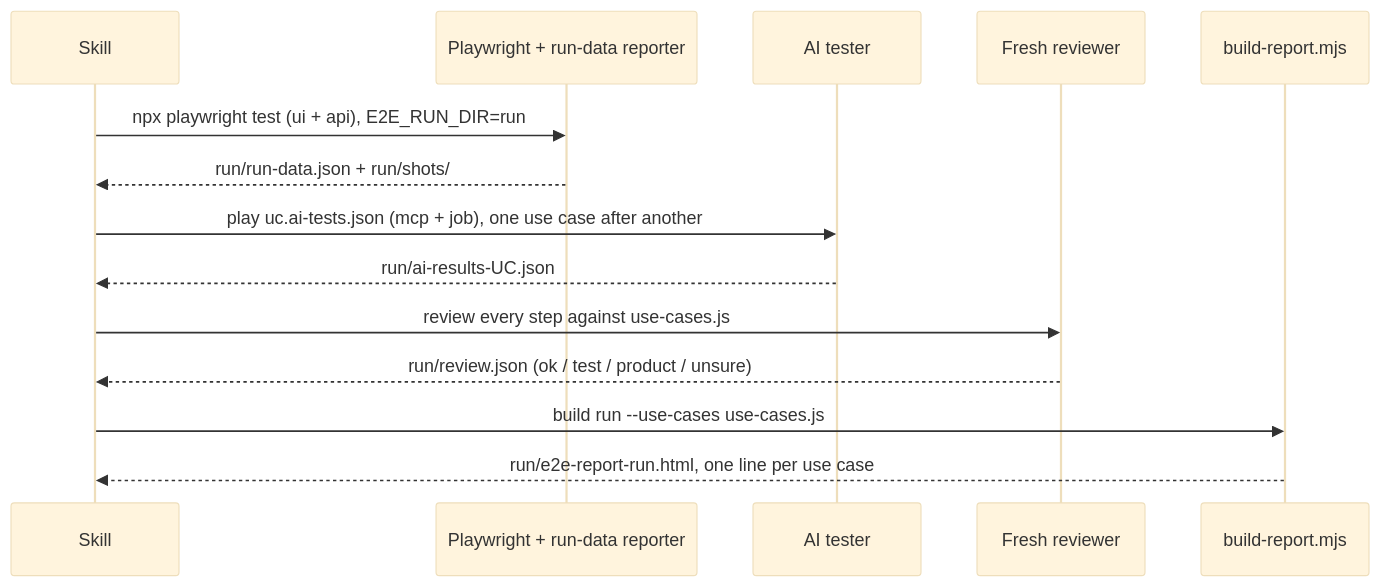
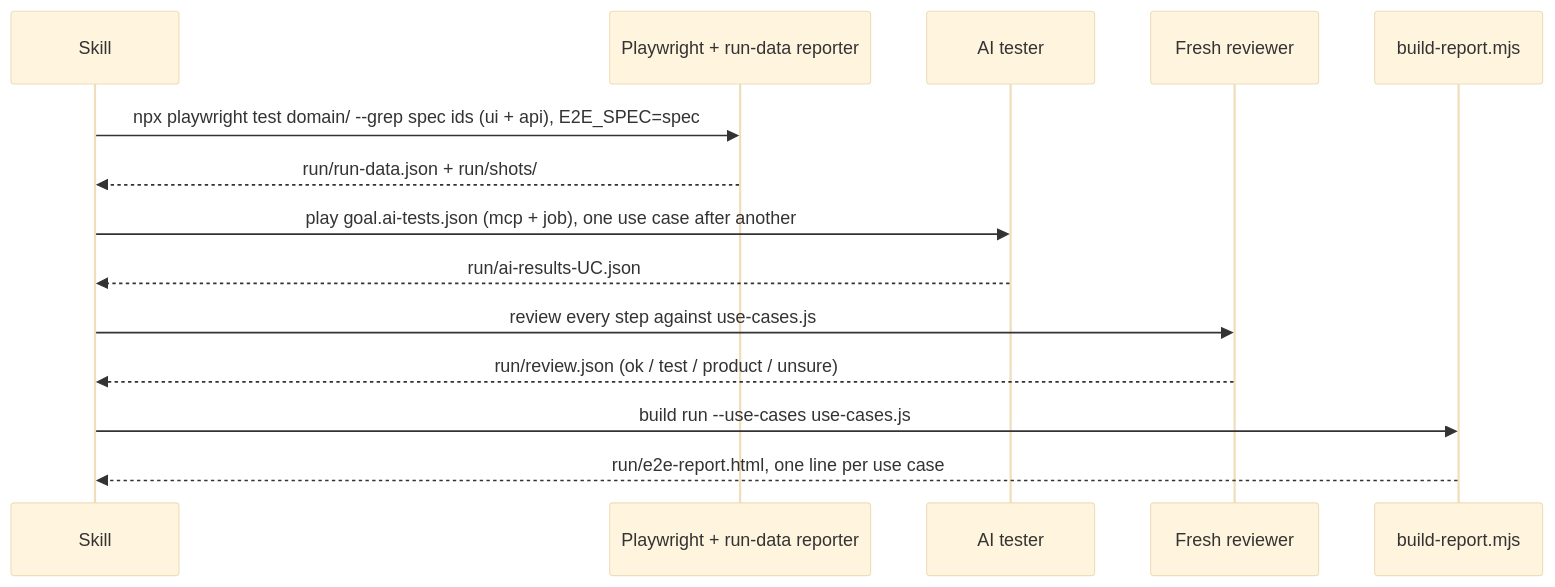
One commit to naphatwx/naphatwx-tools changed the second of 3 diagrams in plugins/naphatwx-tools/skills/e2e-test/README.md. Above: the diagram before and after it, drawn with Mermaid (base theme). The commit also changed other lines of this file and 22 other files, not shown here.

First line of the commit message:
feat(reports): keep e2e tests by domain and one report per spec

````diff
--- a/plugins/naphatwx-tools/skills/e2e-test/README.md
+++ b/plugins/naphatwx-tools/skills/e2e-test/README.md
@@ -61,16 +62,16 @@
 ```mermaid
 sequenceDiagram
     participant S as Skill
     participant P as Playwright + run-data reporter
     participant A as AI tester
     participant R as Fresh reviewer
     participant B as build-report.mjs
-    S->>P: npx playwright test (ui + api), E2E_RUN_DIR=run
+    S->>P: npx playwright test domain/ --grep spec ids (ui + api), E2E_SPEC=spec
     P-->>S: run/run-data.json + run/shots/
-    S->>A: play uc.ai-tests.json (mcp + job), one use case after another
+    S->>A: play goal.ai-tests.json (mcp + job), one use case after another
     A-->>S: run/ai-results-UC.json
     S->>R: review every step against use-cases.js
     R-->>S: run/review.json (ok / test / product / unsure)
     S->>B: build run --use-cases use-cases.js
-    B-->>S: run/e2e-report-run.html, one line per use case
+    B-->>S: run/e2e-report.html, one line per use case
 ```
````
